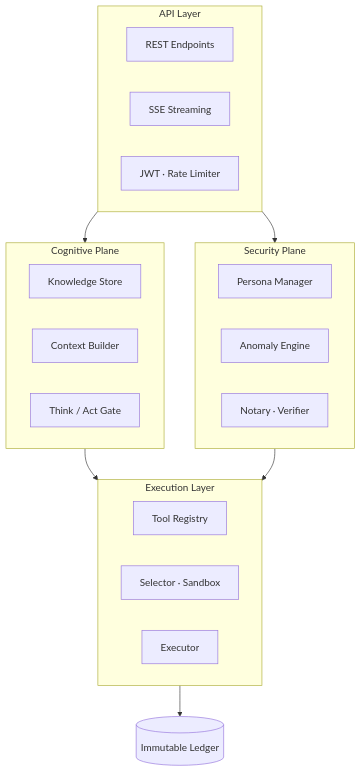
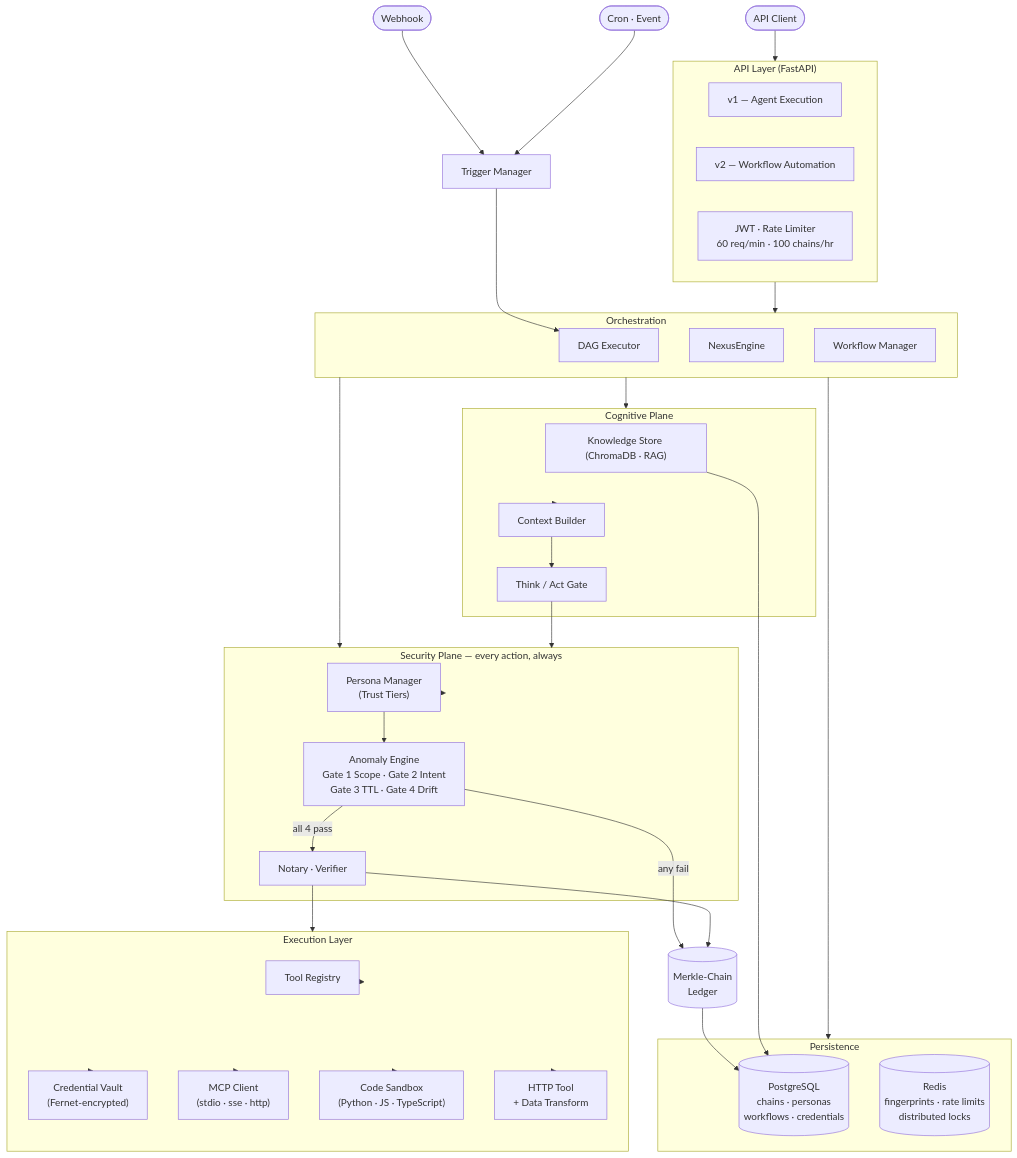
Before and after one commit to BrandonToddJackson/nexus-notarized-ai-execution: the third of 5 diagrams in README.md, drawn with Mermaid. The commit also changed other lines of this file and 217 other files, not shown here.

First line of the commit message:
merge(workflow): phases 15-32 — full automation platform

````diff
--- a/README.md
+++ b/README.md
@@ -103,32 +125,65 @@
 ```mermaid
 flowchart TB
-    subgraph API["API Layer"]
-        REST[REST Endpoints]
-        SSE[SSE Streaming]
-        JWTRL[JWT · Rate Limiter]
+    CLIENT([API Client]) --> API
+    WH([Webhook]) --> TM
+    CR([Cron · Event]) --> TM
+
+    subgraph API["API Layer (FastAPI)"]
+        V1["v1 — Agent Execution"]
+        V2["v2 — Workflow Automation"]
+        AUTH["JWT · Rate Limiter\n60 req/min · 100 chains/hr"]
+    end
+
+    TM[Trigger Manager] --> WE[DAG Executor]
+
+    subgraph ORCH["Orchestration"]
+        ENG[NexusEngine]
+        WE
+        WM[Workflow Manager]
     end
 
     subgraph COG["Cognitive Plane"]
-        KB[Knowledge Store]
+        KB["Knowledge Store (ChromaDB · RAG)"]
         CTX[Context Builder]
-        TAG[Think / Act Gate]
+        TA[Think / Act Gate]
     end
 
-    subgraph SEC["Security Plane"]
-        PM[Persona Manager]
-        AE[Anomaly Engine]
-        NO[Notary · Verifier]
+    subgraph SEC["Security Plane — every action, always"]
+        PM["Persona Manager\n(Trust Tiers)"]
+        AE["Anomaly Engine\nGate 1 Scope · Gate 2 Intent\nGate 3 TTL · Gate 4 Drift"]
+        NT["Notary · Verifier"]
     end
 
-    subgraph EXE["Execution Layer"]
+    subgraph EXEC["Execution Layer"]
         TR[Tool Registry]
-        SEL[Selector · Sandbox]
-        EX[Executor]
+        CV["Credential Vault\n(Fernet-encrypted)"]
+        MCP["MCP Client\n(stdio · sse · http)"]
+        SB["Code Sandbox\n(Python · JS · TypeScript)"]
+        HTTP["HTTP Tool\n+ Data Transform"]
     end
 
-    API --> COG
-    API --> SEC
-    COG --> EXE
-    SEC --> EXE
-    EXE --> LED[(Immutable Ledger)]
+    LED[("Merkle-Chain\nLedger")]
+
+    subgraph STORE["Persistence"]
+        PG[("PostgreSQL\nchains · personas\nworkflows · credentials")]
+        RD[("Redis\nfingerprints · rate limits\ndistributed locks")]
+    end
+
+    API --> ORCH
+    ORCH --> COG
+    ORCH --> SEC
+    COG --> CTX --> TA --> SEC
+    SEC --> PM --> AE
+    AE -->|"all 4 pass"| NT
+    AE -->|"any fail"| LED
+    NT --> EXEC
+    NT --> LED
+    EXEC --> TR
+    EXEC --> CV
+    EXEC --> MCP
+    EXEC --> SB
+    EXEC --> HTTP
+    ORCH --> STORE
+    LED --> PG
+    KB --> PG
 ```
````
